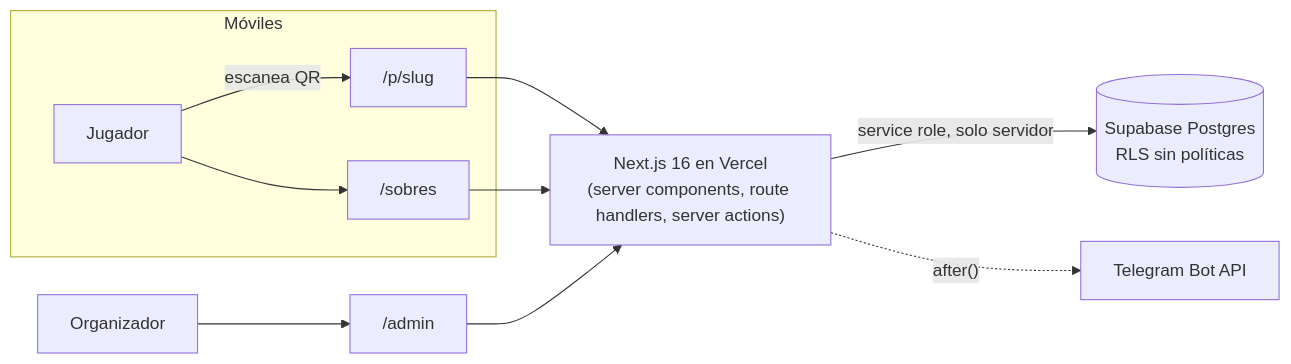
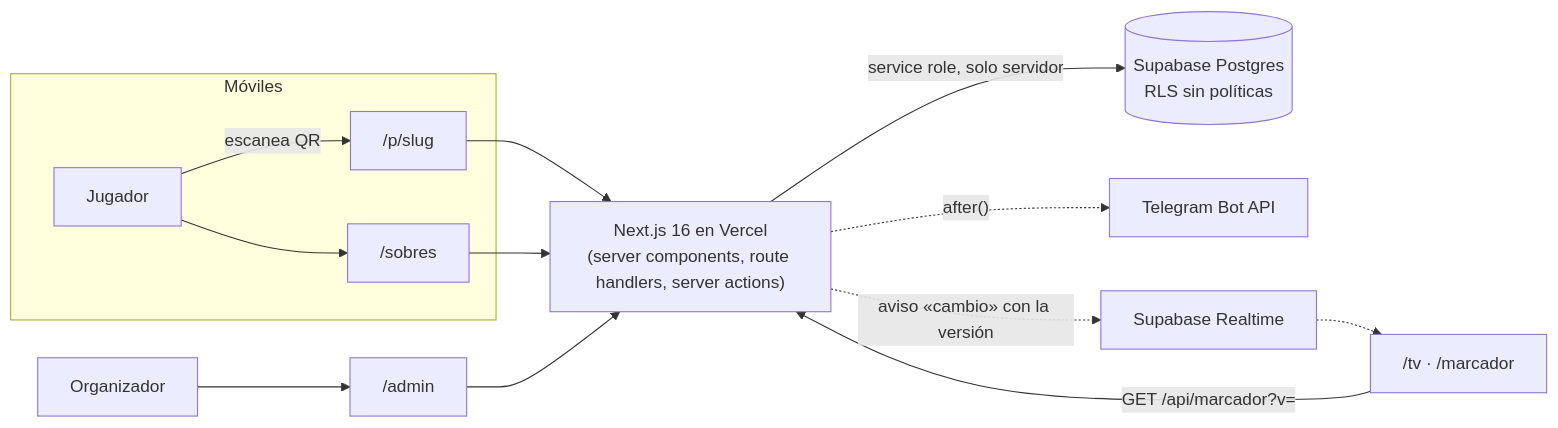
The diagram in README.md (ElMaxter99/gymkana-halloween-2026), drawn with Mermaid before and after one commit. The commit also changed other lines of this file and 44 other files, not shown here.

````diff
--- a/README.md
+++ b/README.md
@@ -143,11 +164,14 @@
 ```mermaid
 flowchart LR
   subgraph Móviles
     J[Jugador] -->|escanea QR| P["/p/slug"]
     J --> S["/sobres"]
   end
   O[Organizador] --> A["/admin"]
+  M["/tv · /marcador"] -->|"GET /api/marcador?v="| N
   P & S & A --> N["Next.js 16 en Vercel<br/>(server components, route handlers, server actions)"]
   N -->|service role, solo servidor| DB[(Supabase Postgres<br/>RLS sin políticas)]
   N -.->|"after()"| T[Telegram Bot API]
+  N -.->|aviso «cambio» con la versión| RT[Supabase Realtime]
+  RT -.-> M
 ```
````
